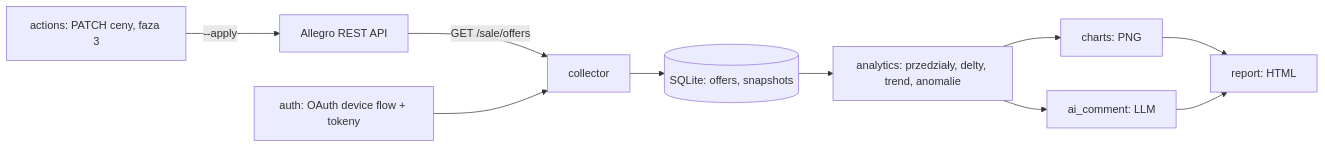
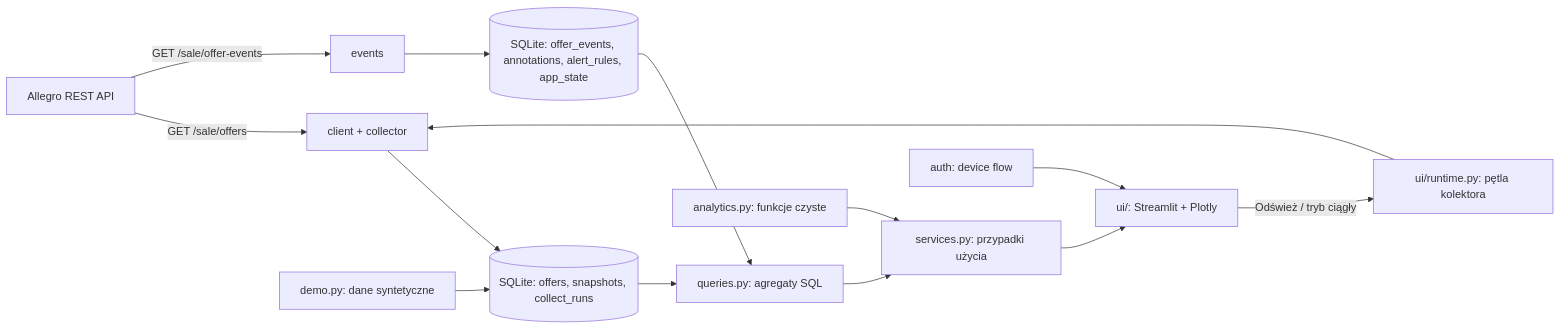
The diagram in docs/data-flow.md (DomDom2005/view_tracker_ai_1), drawn with Mermaid before and after one commit. The commit also changed other lines of this file and 19 other files, not shown here.

Commit message:
feat(2.0): demo generator in UI, login flow, docs and v2.0.0 release

````diff
--- a/docs/data-flow.md
+++ b/docs/data-flow.md
@@ -5,12 +5,16 @@
 ```mermaid
 flowchart LR
-    A[Allegro REST API] -->|GET /sale/offers| B[collector]
-    B --> C[(SQLite: offers, snapshots)]
-    C --> D[analytics: przedziały, delty, trend, anomalie]
-    D --> E[charts: PNG]
-    D --> F[ai_comment: LLM]
-    E --> G[report: HTML]
-    F --> G
-    H[auth: OAuth device flow + tokeny] --> B
-    I[actions: PATCH ceny, faza 3] -->|--apply| A
+    A[Allegro REST API] -->|GET /sale/offers| B[client + collector]
+    A -->|GET /sale/offer-events| E[events]
+    B --> C[(SQLite: offers, snapshots, collect_runs)]
+    E --> C2[(SQLite: offer_events, annotations, alert_rules, app_state)]
+    C --> D[queries.py: agregaty SQL]
+    C2 --> D
+    D --> F[services.py: przypadki użycia]
+    G[analytics.py: funkcje czyste] --> F
+    F --> H[ui/: Streamlit + Plotly]
+    I[auth: device flow] --> H
+    J[ui/runtime.py: pętla kolektora] --> B
+    H -->|"Odśwież" / tryb ciągły| J
+    K[demo.py: dane syntetyczne] --> C
 ```
````
